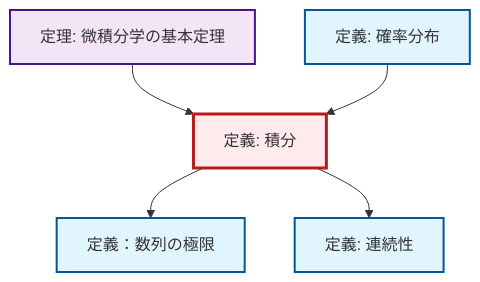
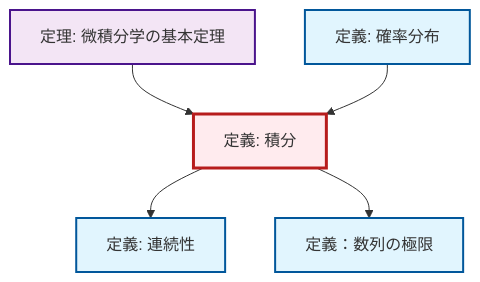
One commit to RK0429/ModernMath changed the diagram in content/ja/analysis/def-integral.qmd. Above: the diagram before and after it, drawn with Mermaid. The commit also changed other lines of this file and 1012 other files, not shown here.

````diff
--- a/content/ja/analysis/def-integral.qmd
+++ b/content/ja/analysis/def-integral.qmd
@@ -82,23 +82,23 @@
 ```{mermaid}
 %%| fig-cap: "Local dependency graph"
 graph TD
     classDef definition fill:#e1f5fe,stroke:#01579b,stroke-width:2px
     classDef theorem fill:#f3e5f5,stroke:#4a148c,stroke-width:2px
     classDef axiom fill:#fff3e0,stroke:#e65100,stroke-width:2px
     classDef example fill:#e8f5e9,stroke:#1b5e20,stroke-width:2px
     classDef current fill:#ffebee,stroke:#b71c1c,stroke-width:3px
+    def-limit["定義：数列の極限"]:::definition
+    def-probability-distribution["定義: 確率分布"]:::definition
+    def-continuity["定義: 連続性"]:::definition
     def-integral["定義: 積分"]:::definition
-    def-limit["定義：数列の極限"]:::definition
     thm-fundamental-calculus["定理: 微積分学の基本定理"]:::theorem
-    def-continuity["定義: 連続性"]:::definition
-    def-probability-distribution["定義: 確率分布"]:::definition
-    def-integral --> def-limit
     thm-fundamental-calculus --> def-integral
     def-probability-distribution --> def-integral
     def-integral --> def-continuity
+    def-integral --> def-limit
     class def-integral current
     click def-limit "def-limit.html" "定義：数列の極限へ"
+    click def-probability-distribution "def-probability-distribution.html" "確率分布の定義へ"
+    click def-continuity "def-continuity.html" "連続性の定義へ"
     click thm-fundamental-calculus "thm-fundamental-calculus.html" "微積分学の基本定理の定理へ"
-    click def-continuity "def-continuity.html" "連続性の定義へ"
-    click def-probability-distribution "def-probability-distribution.html" "確率分布の定義へ"
 ```
````
